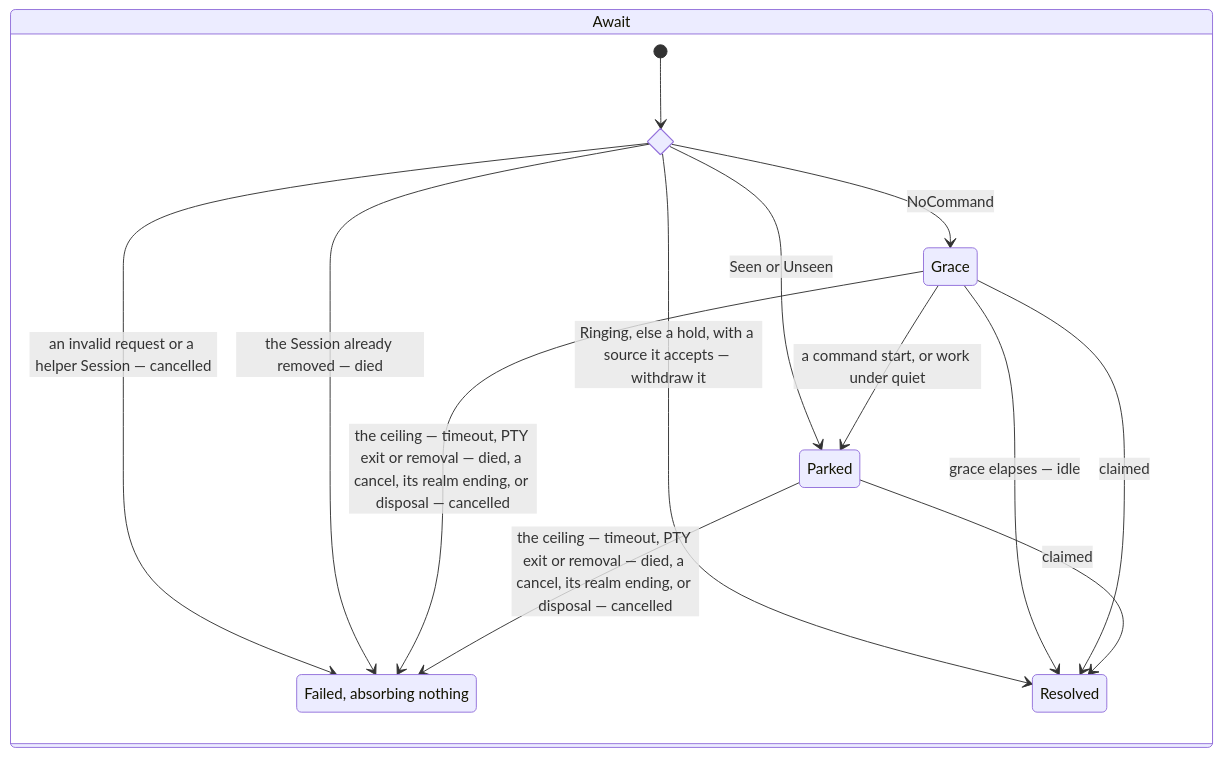
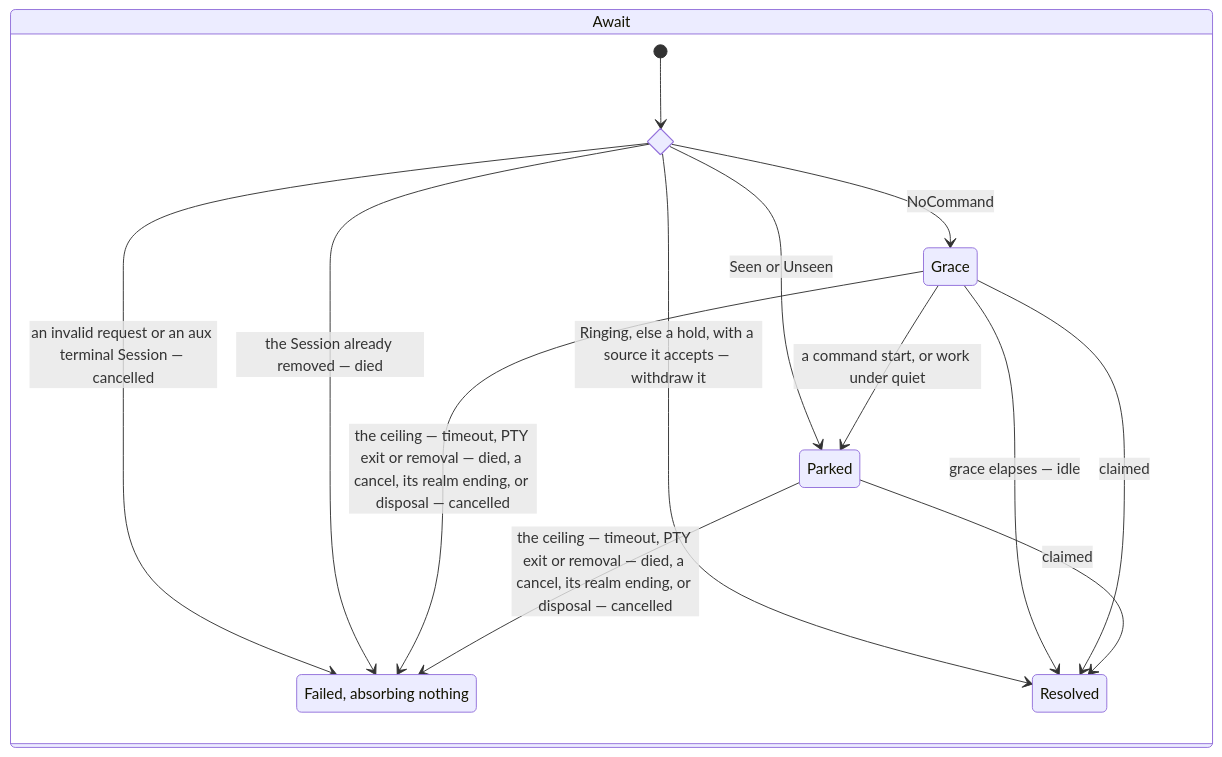
Before and after one commit to diffplug/dormouse: diagram 15 of 16 in docs/specs/alert.md, drawn with Mermaid. The commit also changed other lines of this file and 135 other files, not shown here.

First line of the commit message:
Rename the helper terminal to the aux terminal

````diff
--- a/docs/specs/alert.md
+++ b/docs/specs/alert.md
@@ -331,19 +331,19 @@
 ```mermaid
 stateDiagram-v2
   state "Await" as Await {
     state arrive <<choice>>
     state "Failed, absorbing nothing" as Failed
     [*] --> arrive
-    arrive --> Failed: an invalid request or a helper Session — cancelled
+    arrive --> Failed: an invalid request or an aux terminal Session — cancelled
     arrive --> Failed: the Session already removed — died
     arrive --> Resolved: Ringing, else a hold, with a source it accepts — withdraw it
     arrive --> Parked: Seen or Unseen
     arrive --> Grace: NoCommand
     Grace --> Parked: a command start, or work under quiet
     Grace --> Resolved: grace elapses — idle
     Grace --> Resolved: claimed
     Parked --> Resolved: claimed
     Grace --> Failed: the ceiling — timeout, PTY exit or removal — died, a cancel, its realm ending, or disposal — cancelled
     Parked --> Failed: the ceiling — timeout, PTY exit or removal — died, a cancel, its realm ending, or disposal — cancelled
   }
 ```
````
